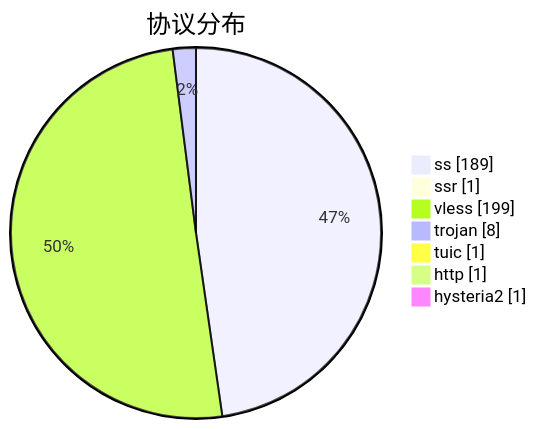
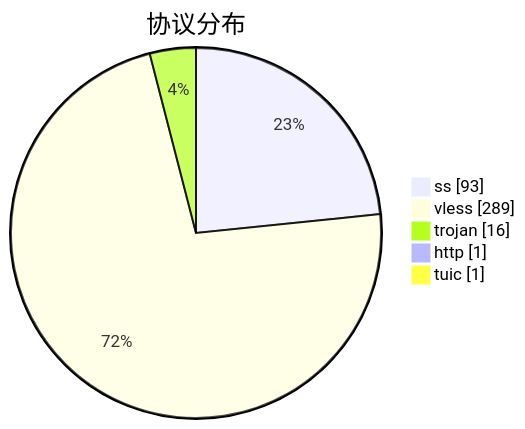
Before and after one commit to qjlxg/airport: the third of 3 diagrams in subs/statistics/tested_within.md, drawn with Mermaid. The commit also changed other lines of this file and 2 other files, not shown here.

````diff
--- a/subs/statistics/tested_within.md
+++ b/subs/statistics/tested_within.md
@@ -31,11 +32,9 @@
 ```mermaid
 pie showData
 title 协议分布
-"ss" : 189
-"ssr" : 1
-"vless" : 199
-"trojan" : 8
+"ss" : 93
+"vless" : 289
+"trojan" : 16
+"http" : 1
 "tuic" : 1
-"http" : 1
-"hysteria2" : 1
 ```
````
